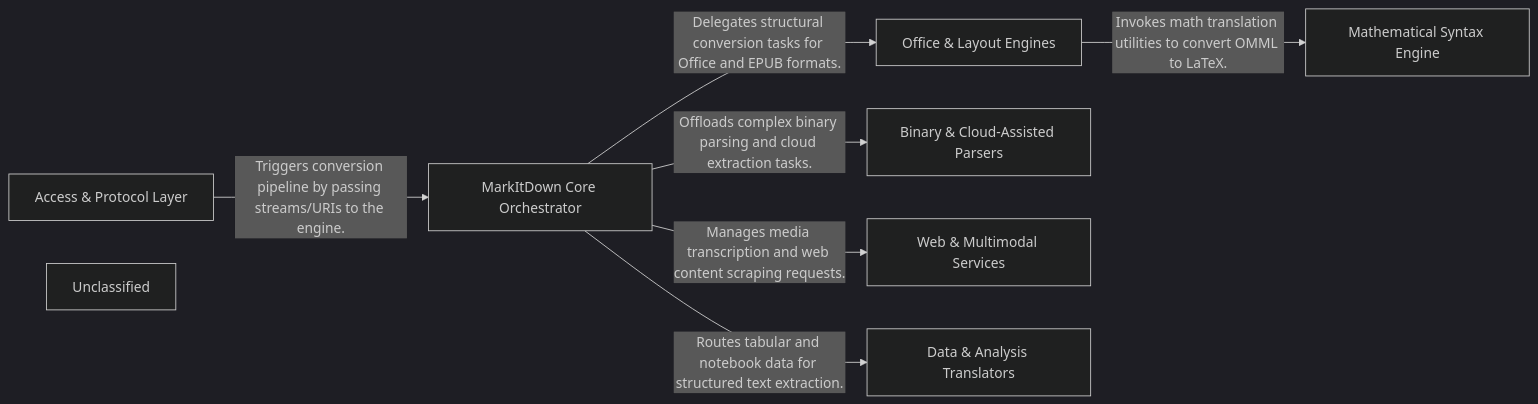
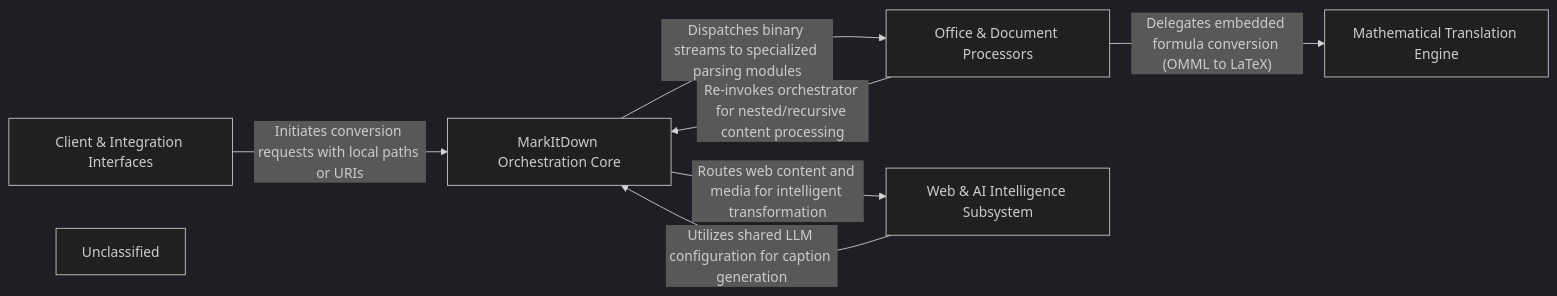
The first of 2 diagrams in evals/reports/end-to-end-report.md (CodeBoarding/CodeBoarding), drawn with Mermaid (dark theme) before and after one commit. The commit also changed other lines of this file and 21 other files, not shown here.

````diff
--- a/evals/reports/end-to-end-report.md
+++ b/evals/reports/end-to-end-report.md
@@ -21,17 +21,15 @@
 ```mermaid
 graph LR
-    Access_Protocol_Layer["Access & Protocol Layer"]
-    MarkItDown_Core_Orchestrator["MarkItDown Core Orchestrator"]
-    Office_Layout_Engines["Office & Layout Engines"]
-    Binary_Cloud_Assisted_Parsers["Binary & Cloud-Assisted Parsers"]
-    Web_Multimodal_Services["Web & Multimodal Services"]
-    Data_Analysis_Translators["Data & Analysis Translators"]
-    Mathematical_Syntax_Engine["Mathematical Syntax Engine"]
+    Client_Integration_Interfaces["Client & Integration Interfaces"]
+    MarkItDown_Orchestration_Core["MarkItDown Orchestration Core"]
+    Office_Document_Processors["Office & Document Processors"]
+    Web_AI_Intelligence_Subsystem["Web & AI Intelligence Subsystem"]
+    Mathematical_Translation_Engine["Mathematical Translation Engine"]
     Unclassified["Unclassified"]
-    Access_Protocol_Layer -- "Triggers conversion pipeline by passing streams/URIs to the engine." --> MarkItDown_Core_Orchestrator
-    MarkItDown_Core_Orchestrator -- "Delegates structural conversion tasks for Office and EPUB formats." --> Office_Layout_Engines
-    MarkItDown_Core_Orchestrator -- "Offloads complex binary parsing and cloud extraction tasks." --> Binary_Cloud_Assisted_Parsers
-    MarkItDown_Core_Orchestrator -- "Manages media transcription and web content scraping requests." --> Web_Multimodal_Services
-    MarkItDown_Core_Orchestrator -- "Routes tabular and notebook data for structured text extraction." --> Data_Analysis_Translators
-    Office_Layout_Engines -- "Invokes math translation utilities to convert OMML to LaTeX." --> Mathematical_Syntax_Engine
+    Client_Integration_Interfaces -- "Initiates conversion requests with local paths or URIs" --> MarkItDown_Orchestration_Core
+    MarkItDown_Orchestration_Core -- "Dispatches binary streams to specialized parsing modules" --> Office_Document_Processors
+    MarkItDown_Orchestration_Core -- "Routes web content and media for intelligent transformation" --> Web_AI_Intelligence_Subsystem
+    Office_Document_Processors -- "Delegates embedded formula conversion (OMML to LaTeX)" --> Mathematical_Translation_Engine
+    Office_Document_Processors -- "Re-invokes orchestrator for nested/recursive content processing" --> MarkItDown_Orchestration_Core
+    Web_AI_Intelligence_Subsystem -- "Utilizes shared LLM configuration for caption generation" --> MarkItDown_Orchestration_Core
 ```
````
